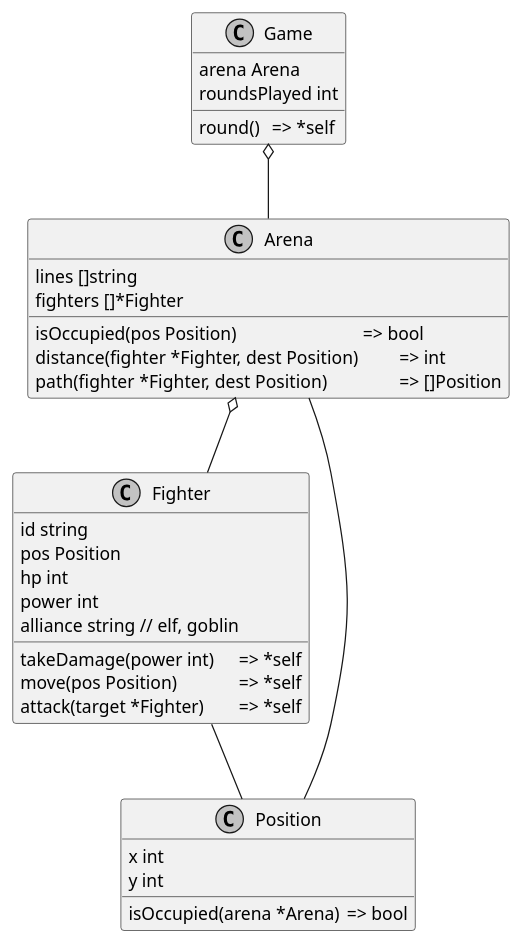
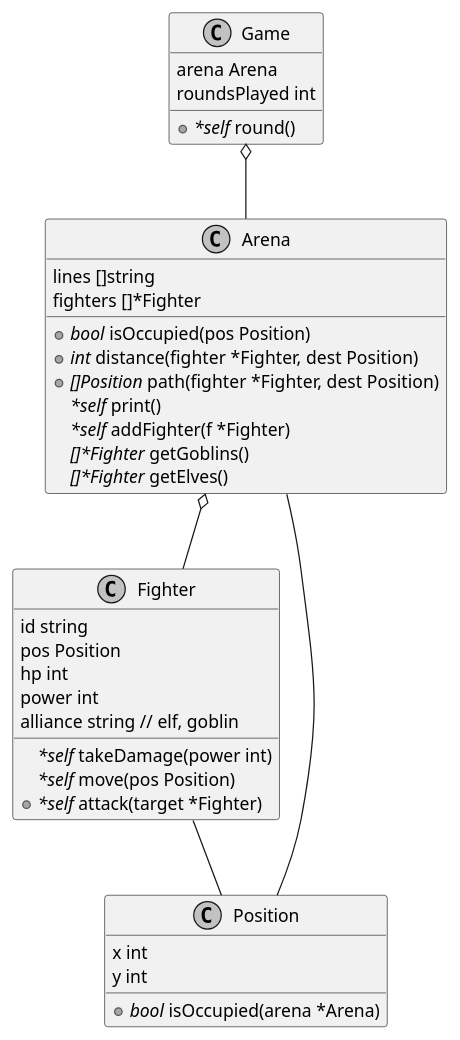
One commit to rdmueller/aoc-2018 changed the diagram in day15/go/anoff/README.adoc. Above: the diagram before and after it, drawn with PlantUML. The commit also changed 3 other files, not shown here.

Commit message:
:star2: feat: parse & print arena map

```diff
--- a/day15/go/anoff/README.adoc
+++ b/day15/go/anoff/README.adoc
@@ -10,43 +10,47 @@
 [plantuml, day15-class, png]
 ....
 @startuml
 skinparam defaulttextalignment center
 skinparam monochrome true
 skinparam shadowing false
 class Arena {
   lines []string
   fighters []*Fighter
-  isOccupied(pos Position) \t\t\t\t=> bool
-  distance(fighter *Fighter, dest Position) \t=> int
-  path(fighter *Fighter, dest Position) \t\t=> []Position
+  +//bool// isOccupied(pos Position)
+  +//int// distance(fighter *Fighter, dest Position)
+  +//[]Position// path(fighter *Fighter, dest Position)
+  //*self// print()
+  //*self// addFighter(f *Fighter)
+  //[]*Fighter// getGoblins()
+  //[]*Fighter// getElves()
 }
 
 class Fighter {
 	id string
 	pos Position
 	hp int
 	power int
   alliance string // elf, goblin
-  takeDamage(power int) \t=> *self
-  move(pos Position) \t\t=> *self
-  attack(target *Fighter) \t=> *self
+  //*self// takeDamage(power int)
+  //*self// move(pos Position)
+  +//*self// attack(target *Fighter)
 }
 
 class Position {
   x int
   y int
-  isOccupied(arena *Arena) \t=> bool
+  +//bool// isOccupied(arena *Arena)
 }
 
 class Game {
   arena Arena
   roundsPlayed int
-  round() \t=> *self
+  +//*self// round()
 }
 
 Game o-- Arena
 Arena o-- Fighter
 Fighter -- Position
 Arena -- Position
 @enduml
 ....
```
